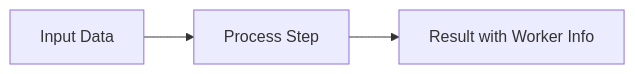
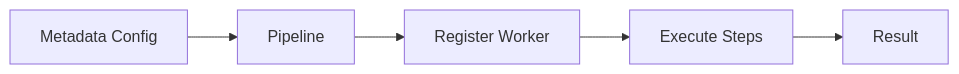
Before and after one commit to wisrovi/wpipe: the first of 5 diagrams in examples/api_pipeline/10_worker_metadata/README.md, drawn with Mermaid. The commit also changed other lines of this file and 20 other files, not shown here.

First line of the commit message:
Simplify Mermaid diagrams for better rendering

````diff
--- a/examples/api_pipeline/10_worker_metadata/README.md
+++ b/examples/api_pipeline/10_worker_metadata/README.md
@@ -14,5 +14,7 @@
 ```mermaid
 graph LR
-    A[Input Data] --> B[Process Step]
-    B --> C[Result with Worker Info]
+    A[Metadata Config] --> B[Pipeline]
+    B --> C[Register Worker]
+    C --> D[Execute Steps]
+    D --> E[Result]
 ```
````
